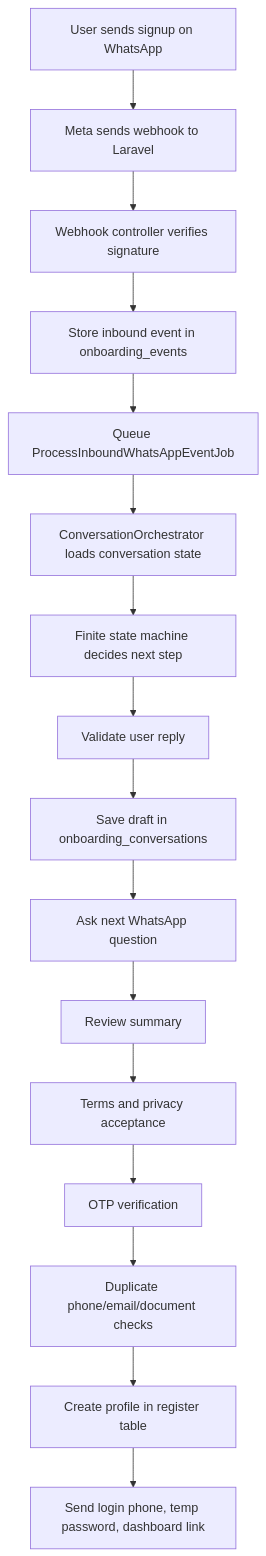
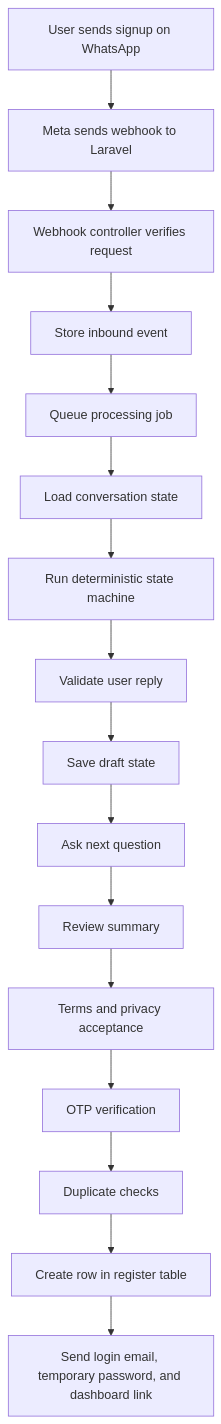
Before and after one commit to ajayvatsyayanseo-commits/nx-whatsapp-onboarding-agent: the diagram in nx-whatsapp-onboarding-agent/workflowagent.md, drawn with Mermaid. The commit also changed other lines of this file and 40 other files, not shown here.

````diff
--- a/nx-whatsapp-onboarding-agent/workflowagent.md
+++ b/nx-whatsapp-onboarding-agent/workflowagent.md
@@ -78,18 +112,18 @@
 ```mermaid
 flowchart TD
     A[User sends signup on WhatsApp] --> B[Meta sends webhook to Laravel]
-    B --> C[Webhook controller verifies signature]
-    C --> D[Store inbound event in onboarding_events]
-    D --> E[Queue ProcessInboundWhatsAppEventJob]
-    E --> F[ConversationOrchestrator loads conversation state]
-    F --> G[Finite state machine decides next step]
+    B --> C[Webhook controller verifies request]
+    C --> D[Store inbound event]
+    D --> E[Queue processing job]
+    E --> F[Load conversation state]
+    F --> G[Run deterministic state machine]
     G --> H[Validate user reply]
-    H --> I[Save draft in onboarding_conversations]
-    I --> J[Ask next WhatsApp question]
+    H --> I[Save draft state]
+    I --> J[Ask next question]
     J --> K[Review summary]
     K --> L[Terms and privacy acceptance]
     L --> M[OTP verification]
-    M --> N[Duplicate phone/email/document checks]
-    N --> O[Create profile in register table]
-    O --> P[Send login phone, temp password, dashboard link]
+    M --> N[Duplicate checks]
+    N --> O[Create row in register table]
+    O --> P[Send login email, temporary password, and dashboard link]
 ```
````
